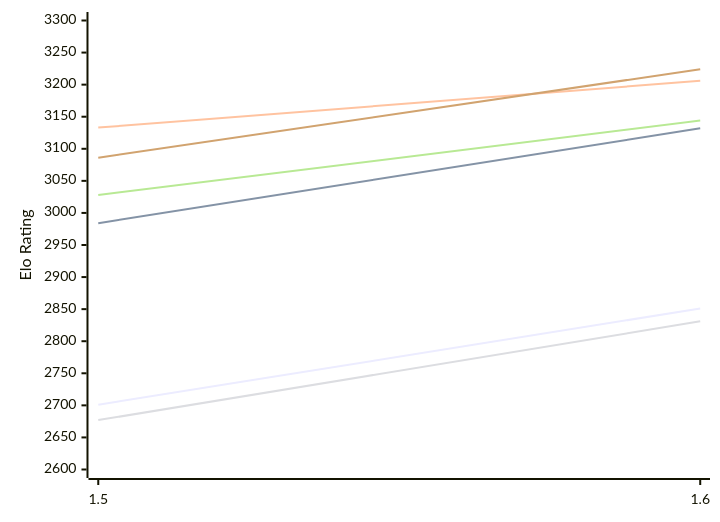
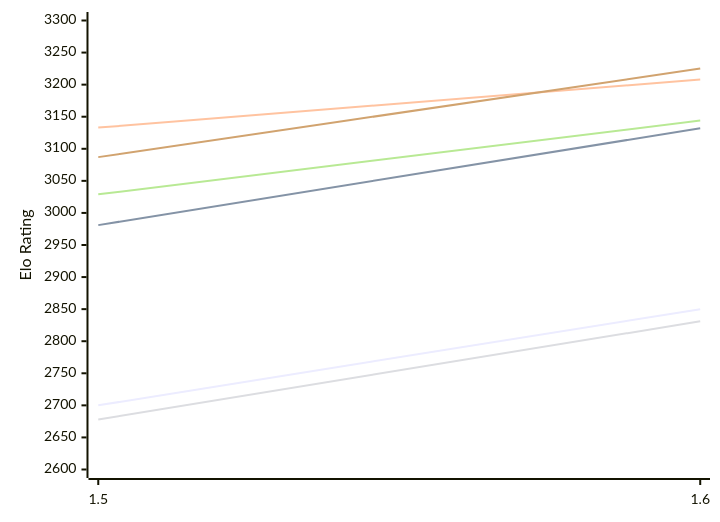
The first of 2 diagrams in engines/Yakka.md (computer-chess-index/cci), drawn with Mermaid before and after one commit. The commit also changed other lines of this file, not shown here.

Commit message:
Update CCI Ratings (ELO VLTC) - 2026-11-28

````diff
--- a/engines/Yakka.md
+++ b/engines/Yakka.md
@@ -51,12 +51,12 @@
 ```mermaid
 %%{init: {"theme":"base","themeVariables":{"seriesColors:['#a3a3a3','#222221','#faa371']}}}%%
 xychart-beta
   x-axis ["1.5", "1.6"]
   y-axis "Elo Rating" 2600 --> 3300
-  line "E1: STC (8.0+0.08s)" [2701, 2851]
-  line "E1: LTC (60.0+0.60s)" [2984, 3132]
-  line "E1: VLTC (2m24s+1.12s)" [3133, 3206]
-  line "P1: STC (8.0+0.08s)" [2677, 2831]
-  line "P1: LTC (60.0+0.60s)" [3028, 3144]
-  line "P1: VLTC (2m24s+1.12s)" [3086, 3224]
+  line "E1: STC (8.0+0.08s)" [2700, 2850]
+  line "E1: LTC (60.0+0.60s)" [2981, 3132]
+  line "E1: VLTC (2m24s+1.12s)" [3133, 3208]
+  line "P1: STC (8.0+0.08s)" [2678, 2831]
+  line "P1: LTC (60.0+0.60s)" [3029, 3144]
+  line "P1: VLTC (2m24s+1.12s)" [3087, 3225]
 ```
````
